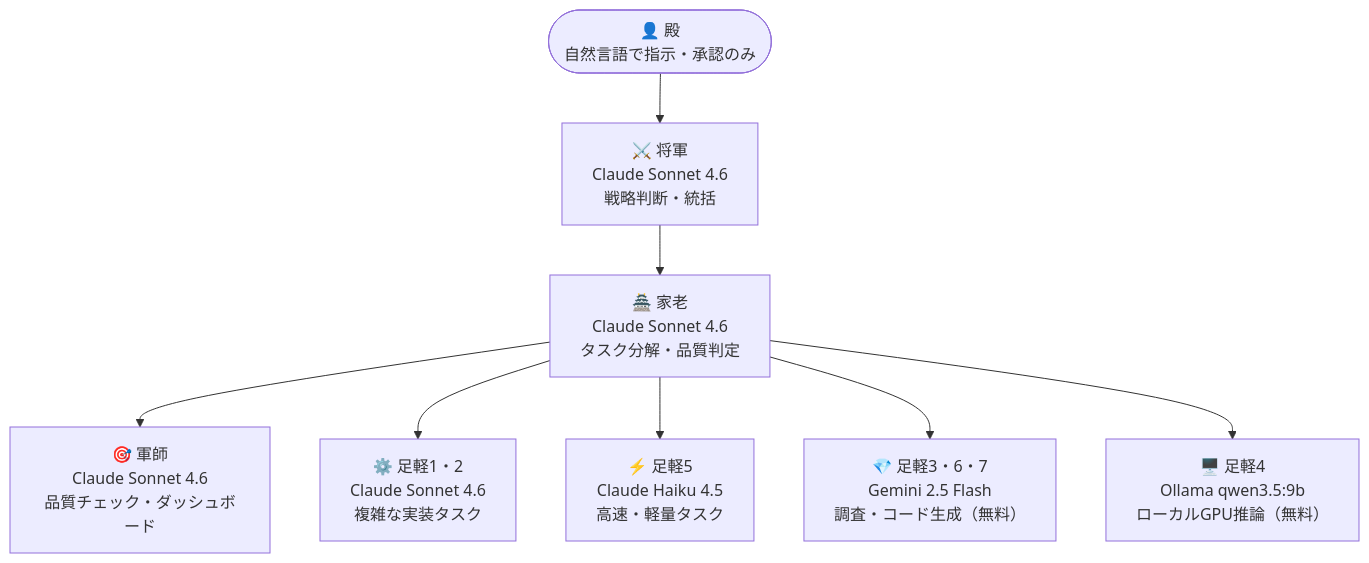
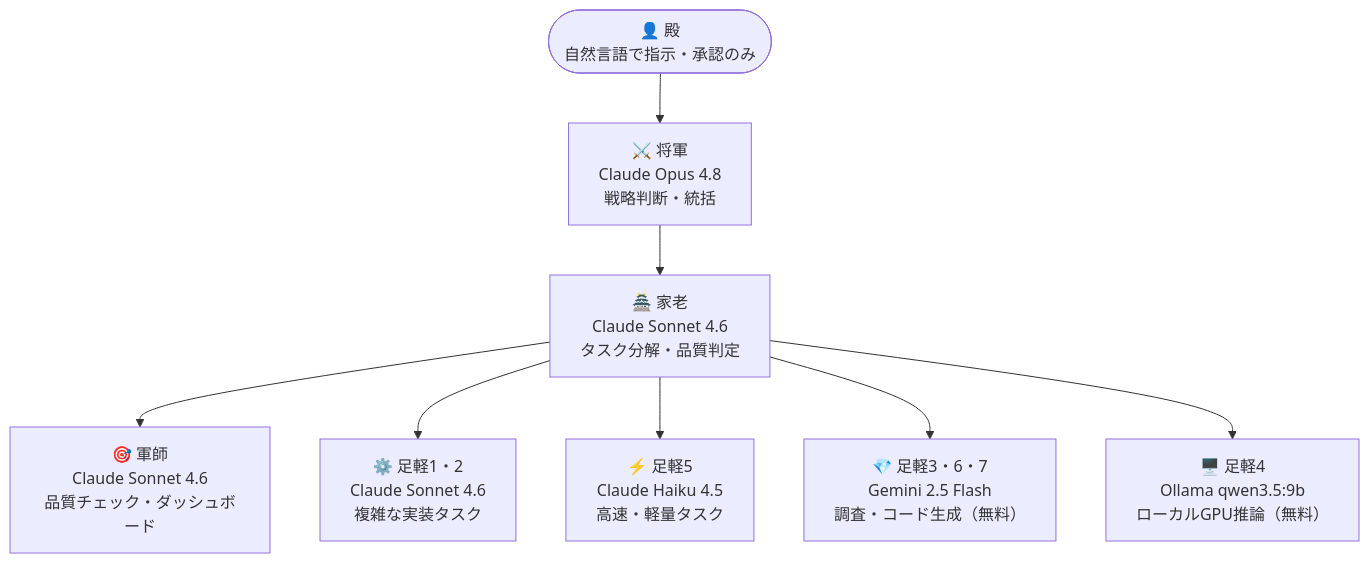
The diagram in articles/791fbea6eddd68.md (shun2580/zenn-content), drawn with Mermaid before and after one commit. The commit also changed other lines of this file, not shown here.

First line of the commit message:
fix: correct Shogun model to Opus 4.8 (match actual config)

````diff
--- a/articles/791fbea6eddd68.md
+++ b/articles/791fbea6eddd68.md
@@ -63,18 +63,18 @@
 ```mermaid
 graph TD
     A(["👤 殿<br/>自然言語で指示・承認のみ"])
-    B["⚔️ 将軍<br/>Claude Sonnet 4.6<br/>戦略判断・統括"]
+    B["⚔️ 将軍<br/>Claude Opus 4.8<br/>戦略判断・統括"]
     C["🏯 家老<br/>Claude Sonnet 4.6<br/>タスク分解・品質判定"]
     D["🎯 軍師<br/>Claude Sonnet 4.6<br/>品質チェック・ダッシュボード"]
     E["⚙️ 足軽1・2<br/>Claude Sonnet 4.6<br/>複雑な実装タスク"]
     F["⚡ 足軽5<br/>Claude Haiku 4.5<br/>高速・軽量タスク"]
     G["💎 足軽3・6・7<br/>Gemini 2.5 Flash<br/>調査・コード生成（無料）"]
     H["🖥️ 足軽4<br/>Ollama qwen3.5:9b<br/>ローカルGPU推論（無料）"]
 
     A --> B --> C
     C --> D
     C --> E
     C --> F
     C --> G
     C --> H
 ```
````
